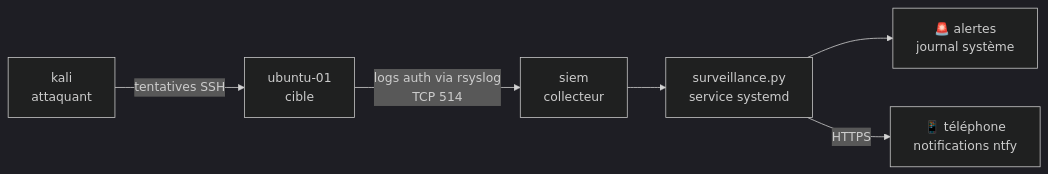
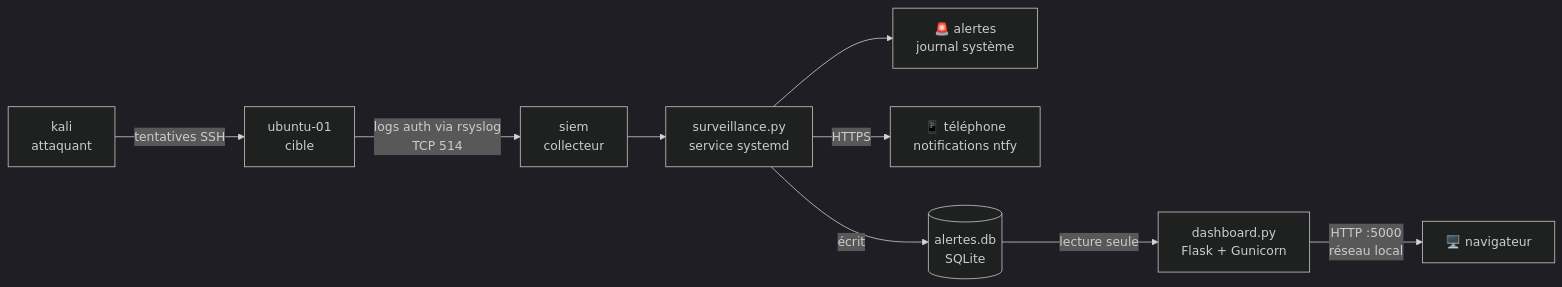
Before and after one commit to rkaseya/mini-siem: the diagram in README.md, drawn with Mermaid (dark theme). The commit also changed other lines of this file and 1 other file, not shown here.

Commit message:
README : tableau de bord, stockage SQLite, sécurité web

````diff
--- a/README.md
+++ b/README.md
@@ -19,8 +21,11 @@
 ```mermaid
 flowchart LR
     K[kali<br/>attaquant] -- tentatives SSH --> U[ubuntu-01<br/>cible]
     U -- logs auth via rsyslog<br/>TCP 514 --> S[siem<br/>collecteur]
     S --> D[surveillance.py<br/>service systemd]
     D --> A[🚨 alertes<br/>journal système]
     D -- HTTPS --> N[📱 téléphone<br/>notifications ntfy]
+    D -- écrit --> DB[(alertes.db<br/>SQLite)]
+    DB -- lecture seule --> W[dashboard.py<br/>Flask + Gunicorn]
+    W -- HTTP :5000<br/>réseau local --> B[🖥️ navigateur]
 ```
````
